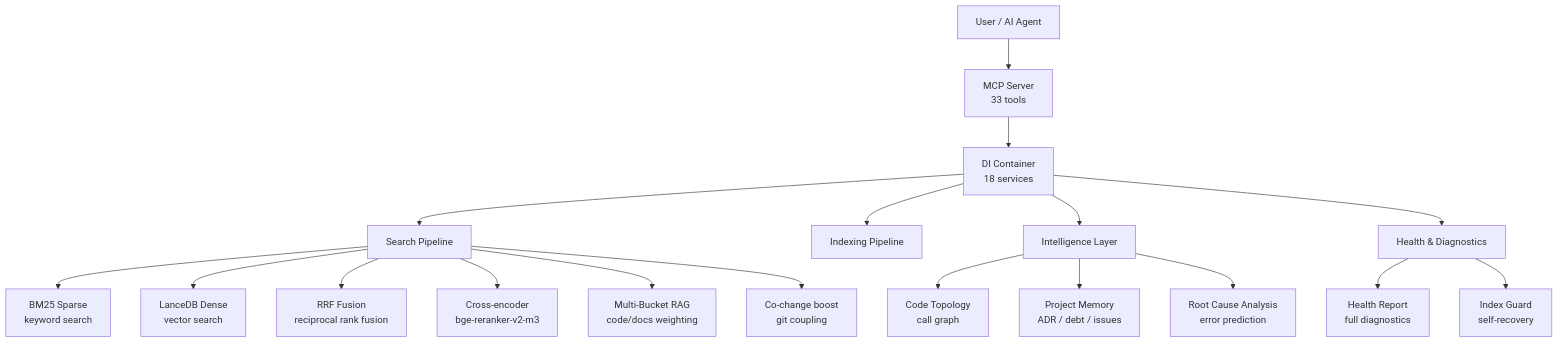
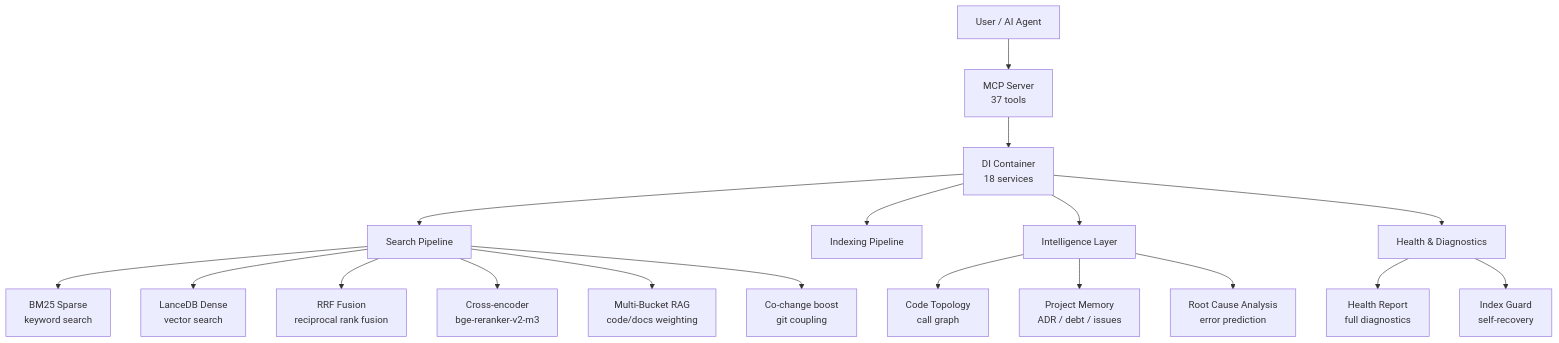
Before and after one commit to ManSio/mscodebase-intelligence: the first of 8 diagrams in docs/zh/ARCHITECTURE_DEEP.md, drawn with Mermaid. The commit also changed 20 other files, not shown here.

First line of the commit message:
docs(audit): sync tool counts 37=19+12+6 across all docs, fix server_tools hardcode

````diff
--- a/docs/zh/ARCHITECTURE_DEEP.md
+++ b/docs/zh/ARCHITECTURE_DEEP.md
@@ -9,23 +9,23 @@
 ```mermaid
 flowchart TD
-    User[User / AI Agent] --> MCP[MCP Server\n33 tools]
+    User[User / AI Agent] --> MCP[MCP Server\n37 tools]
     MCP --> DI[DI Container\n18 services]
     DI --> Search[Search Pipeline]
     DI --> Index[Indexing Pipeline]
     DI --> Intel[Intelligence Layer]
     DI --> Health[Health & Diagnostics]
     
     Search --> BM25[BM25 Sparse\nkeyword search]
     Search --> Dense[LanceDB Dense\nvector search]
     Search --> RRF[RRF Fusion\nreciprocal rank fusion]
     Search --> Rerank[Cross-encoder\nbge-reranker-v2-m3]
     Search --> Bucket[Multi-Bucket RAG\ncode/docs weighting]
     Search --> CoChange[Co-change boost\ngit coupling]
     
     Intel --> Topology[Code Topology\ncall graph]
     Intel --> Memory[Project Memory\nADR / debt / issues]
     Intel --> RCA[Root Cause Analysis\nerror prediction]
     
     Health --> Report[Health Report\nfull diagnostics]
     Health --> Guard[Index Guard\nself-recovery]
 ```
````
